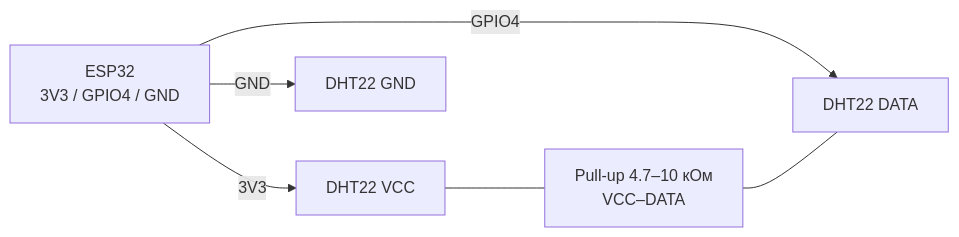
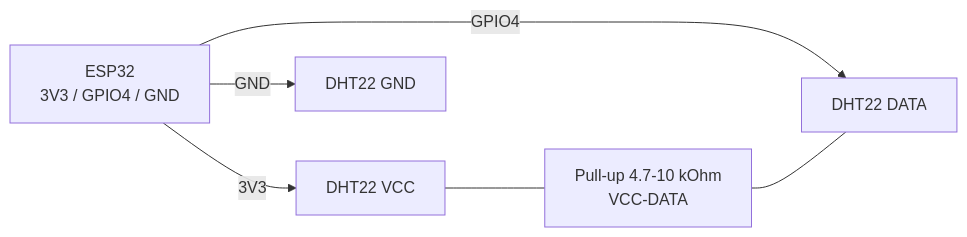
The diagram in obsidian_vault/ESP32-Reference/EN/10-Sensors/01-DHT11-DHT22.en.md (ksalab/embedded-reference), drawn with Mermaid before and after one commit. The commit also changed other lines of this file and 76 other files, not shown here.

````diff
--- a/obsidian_vault/ESP32-Reference/EN/10-Sensors/01-DHT11-DHT22.en.md
+++ b/obsidian_vault/ESP32-Reference/EN/10-Sensors/01-DHT11-DHT22.en.md
@@ -72,7 +72,7 @@
 ```mermaid
 graph LR
   ESP32["ESP32<br/>3V3 / GPIO4 / GND"] -->|3V3| VCC["DHT22 VCC"]
   ESP32 -->|GPIO4| DATA["DHT22 DATA"]
   ESP32 -->|GND| GNDM["DHT22 GND"]
-  VCC --- R["Pull-up 4.7–10 кОм<br/>VCC–DATA"] --- DATA
+  VCC --- R["Pull-up 4.7-10 kOhm<br/>VCC-DATA"] --- DATA
 ```
````
